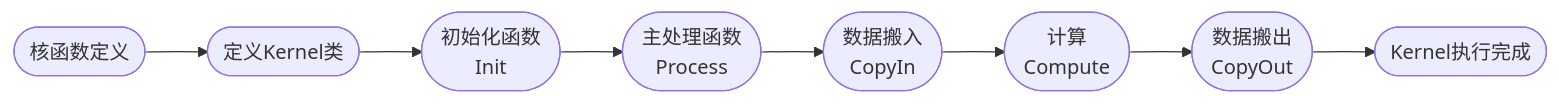
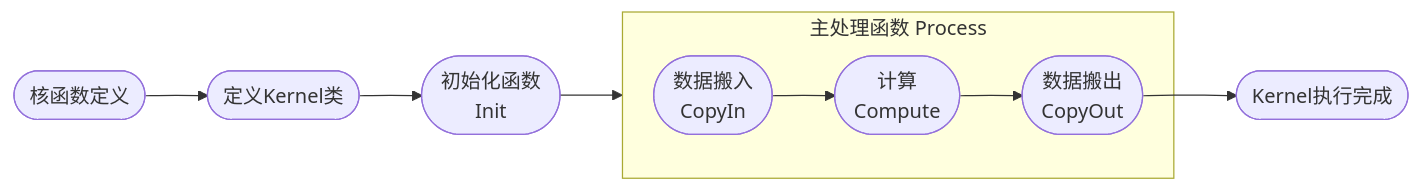
One commit to IceT5/math changed the diagram in docs/develop/aicore_develop_guide_new.md. Above: the diagram before and after it, drawn with Mermaid. The commit also changed other lines of this file and 14 other files, not shown here.

````diff
--- a/docs/develop/aicore_develop_guide_new.md
+++ b/docs/develop/aicore_develop_guide_new.md
@@ -188,10 +198,10 @@
 ```mermaid
 graph LR
 	H([核函数定义]) -->A([定义Kernel类])
 	A -->B([初始化函数<br>Init])
     B -->C([主处理函数<br>Process])
-    C -->D([数据搬入<br>CopyIn])
-    D -->E([计算<br>Compute])
-    E -->F([数据搬出<br>CopyOut])
+    subgraph C [主处理函数 Process]
+        D([数据搬入<br>CopyIn]) -->E([计算<br>Compute]) -->F([数据搬出<br>CopyOut])
+    end
     F -->G([Kernel执行完成])
 ```
````
